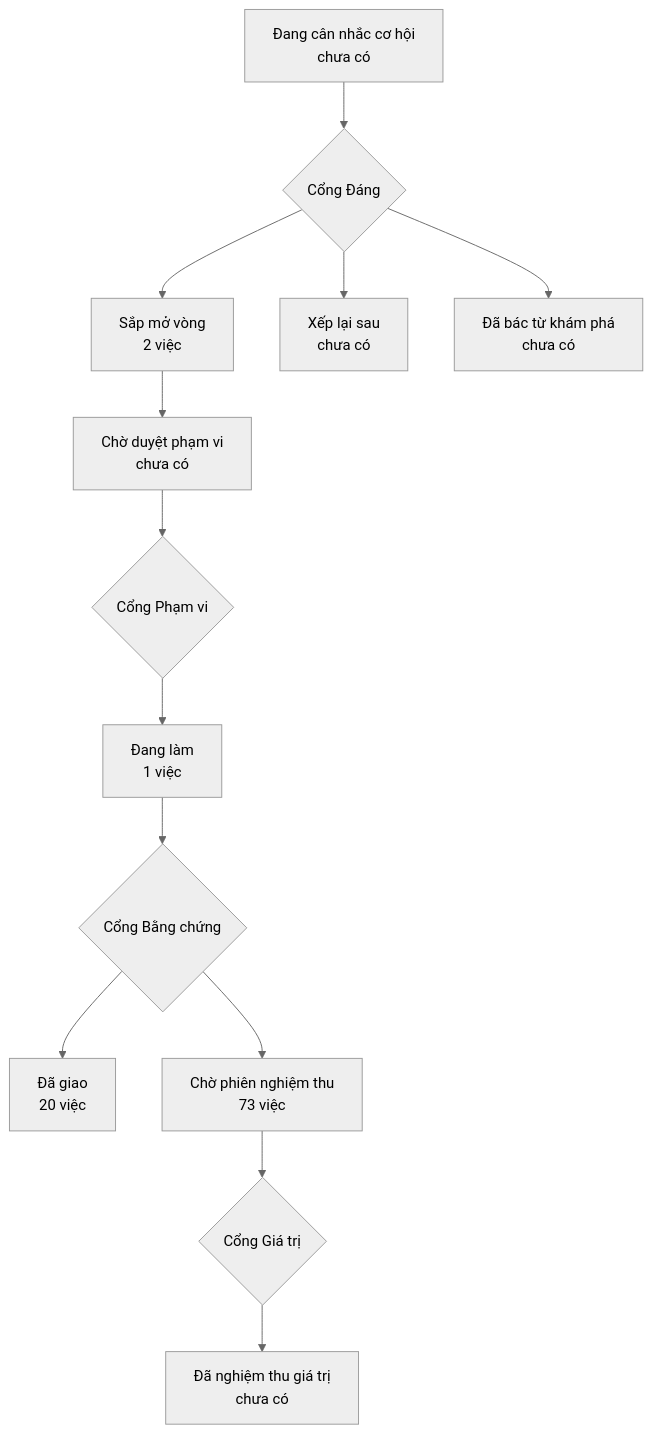
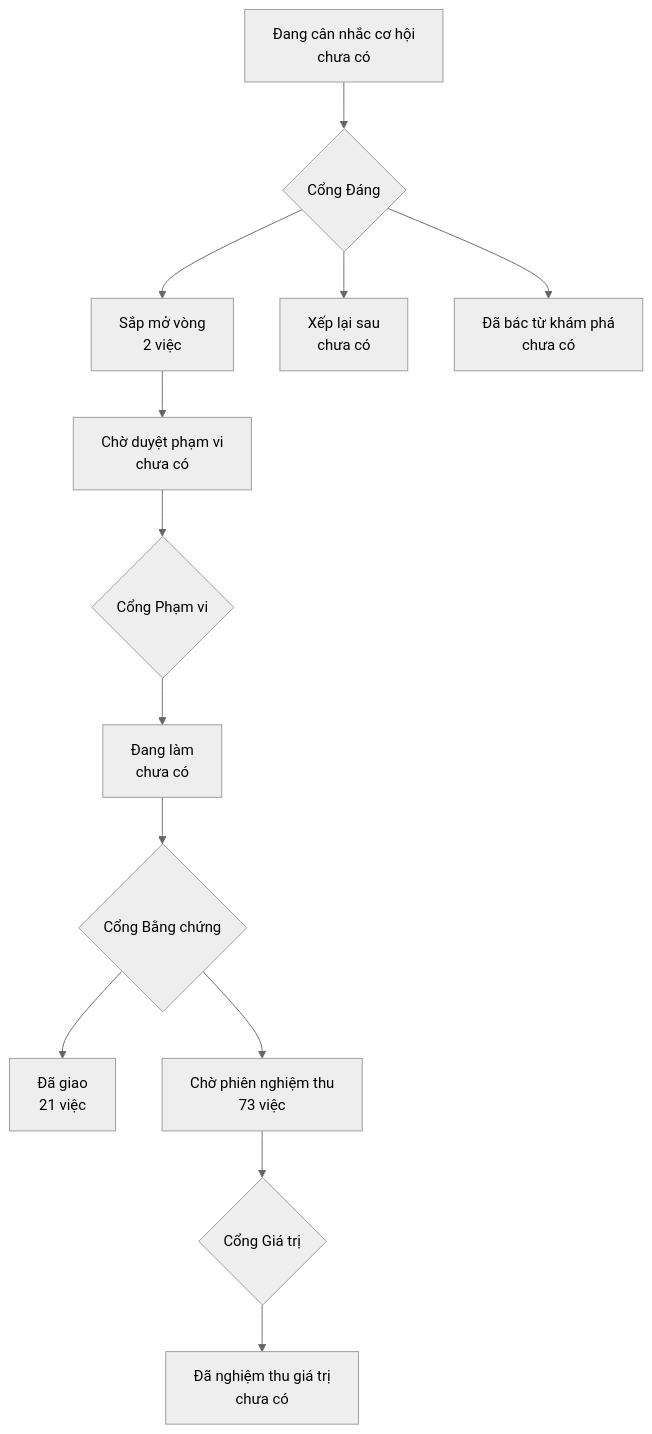
The diagram in PRODUCT-MAP.md (phanlemanh/onehub-quy-hang), drawn with Mermaid (neutral theme) before and after one commit. The commit also changed other lines of this file and 4 other files, not shown here.

````diff
--- a/PRODUCT-MAP.md
+++ b/PRODUCT-MAP.md
@@ -7,12 +7,12 @@
 ```mermaid
 flowchart TD
   A["Đang cân nhắc cơ hội<br/>chưa có"] --> GD{"Cổng Đáng"}
   GD --> B["Sắp mở vòng<br/>2 việc"]
   GD --> XL["Xếp lại sau<br/>chưa có"]
   GD --> DB["Đã bác từ khám phá<br/>chưa có"]
   B --> CD["Chờ duyệt phạm vi<br/>chưa có"] --> GP{"Cổng Phạm vi"}
-  GP --> DL["Đang làm<br/>1 việc"] --> GB{"Cổng Bằng chứng"}
-  GB --> DG["Đã giao<br/>20 việc"]
+  GP --> DL["Đang làm<br/>chưa có"] --> GB{"Cổng Bằng chứng"}
+  GB --> DG["Đã giao<br/>21 việc"]
   GB --> CN["Chờ phiên nghiệm thu<br/>73 việc"] --> GG{"Cổng Giá trị"}
   GG --> NT["Đã nghiệm thu giá trị<br/>chưa có"]
 ```
````
